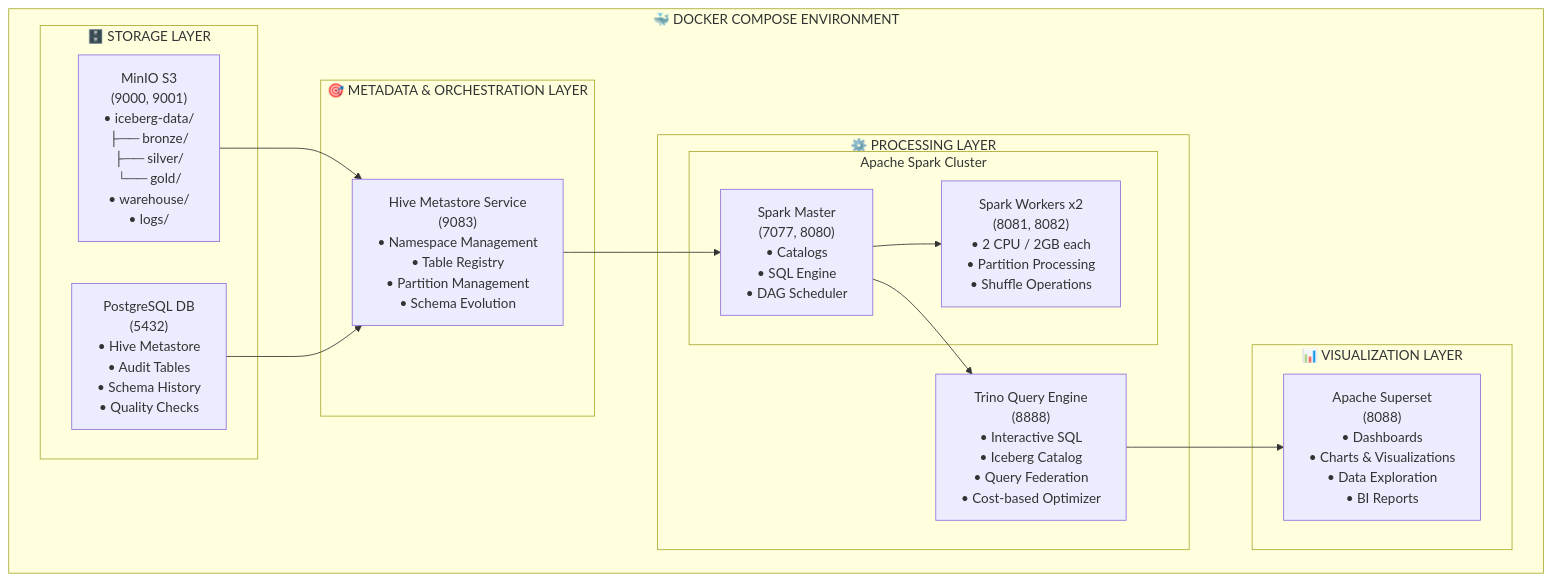
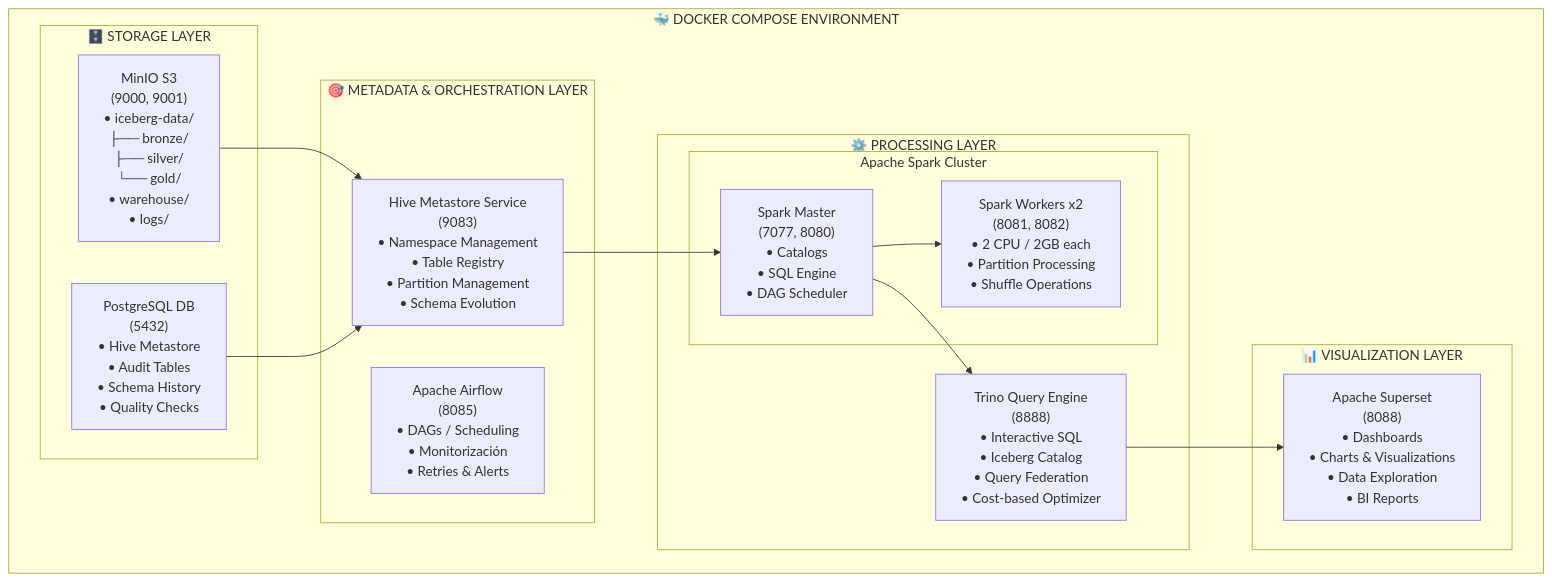
Before and after one commit to dataniard/opendata: the first of 2 diagrams in ARCHITECTURE_DIAGRAM.md, drawn with Mermaid. The commit also changed other lines of this file and 5 other files, not shown here.

Commit message:
Add Apache Airflow DAG and update ETL pipeline documentation

````diff
--- a/ARCHITECTURE_DIAGRAM.md
+++ b/ARCHITECTURE_DIAGRAM.md
@@ -9,32 +9,33 @@
 ```mermaid
 flowchart TD
     subgraph DOCKER["🐳 DOCKER COMPOSE ENVIRONMENT"]
         subgraph STORAGE["🗄️ STORAGE LAYER"]
             MinIO["MinIO S3<br/>(9000, 9001)<br/>• iceberg-data/<br/>  ├── bronze/<br/>  ├── silver/<br/>  └── gold/<br/>• warehouse/<br/>• logs/"]
             PostgreSQL["PostgreSQL DB<br/>(5432)<br/>• Hive Metastore<br/>• Audit Tables<br/>• Schema History<br/>• Quality Checks"]
         end
 
         subgraph METADATA["🎯 METADATA & ORCHESTRATION LAYER"]
             HiveMS["Hive Metastore Service<br/>(9083)<br/>• Namespace Management<br/>• Table Registry<br/>• Partition Management<br/>• Schema Evolution"]
+            Airflow["Apache Airflow<br/>(8085)<br/>• DAGs / Scheduling<br/>• Monitorización<br/>• Retries & Alerts"]
         end
 
         subgraph PROCESSING["⚙️ PROCESSING LAYER"]
             subgraph Spark["Apache Spark Cluster"]
                 Master["Spark Master<br/>(7077, 8080)<br/>• Catalogs<br/>• SQL Engine<br/>• DAG Scheduler"]
                 Workers["Spark Workers x2<br/>(8081, 8082)<br/>• 2 CPU / 2GB each<br/>• Partition Processing<br/>• Shuffle Operations"]
             end
             Trino["Trino Query Engine<br/>(8888)<br/>• Interactive SQL<br/>• Iceberg Catalog<br/>• Query Federation<br/>• Cost-based Optimizer"]
         end
 
         subgraph VISUALIZATION["📊 VISUALIZATION LAYER"]
             Superset["Apache Superset<br/>(8088)<br/>• Dashboards<br/>• Charts & Visualizations<br/>• Data Exploration<br/>• BI Reports"]
         end
     end
 
     MinIO --> HiveMS
     PostgreSQL --> HiveMS
     HiveMS --> Master
     Master --> Workers
     Master --> Trino
     Trino --> Superset
 ```
````
